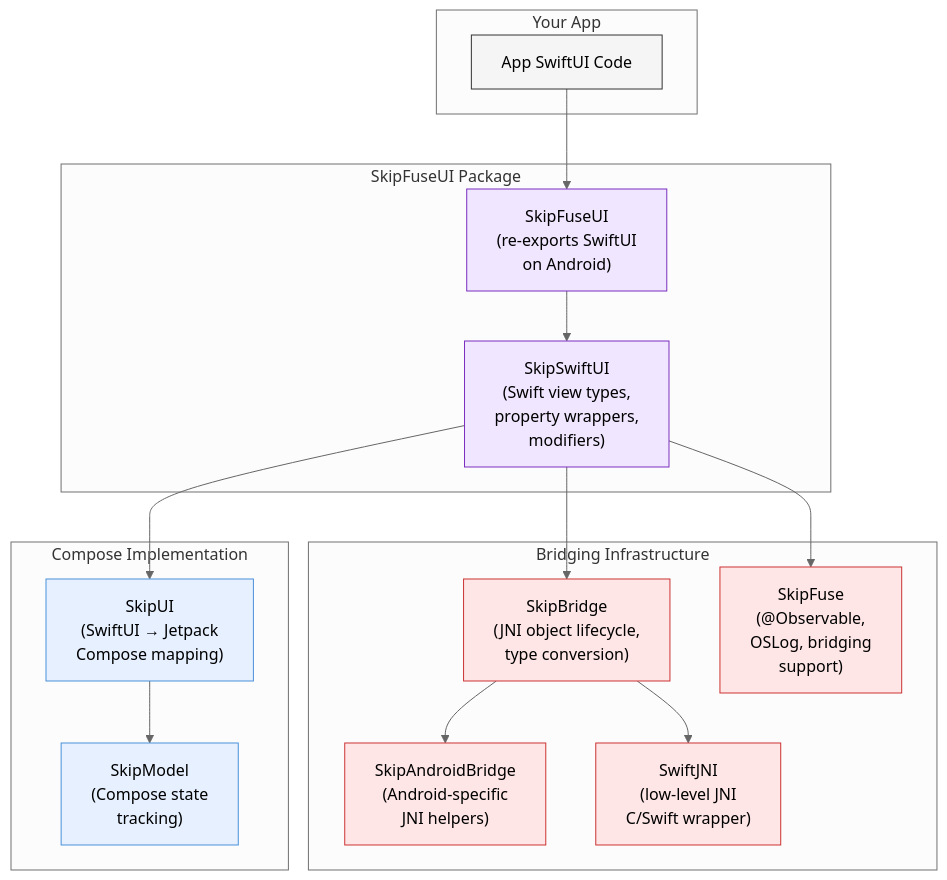
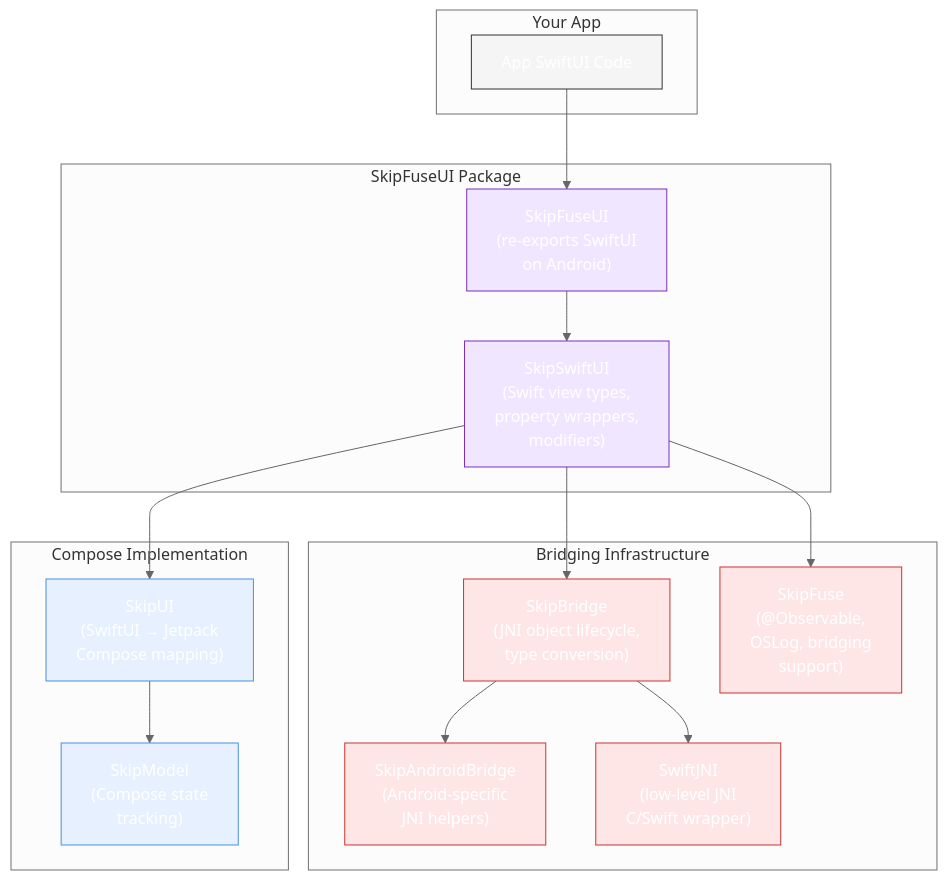
One commit to skiptools/skip-fuse-ui changed the second of 4 diagrams in README.md. Above: the diagram before and after it, drawn with Mermaid (neutral theme). The commit also changed other lines of this file, not shown here.

Commit message:
Update README.md [skip ci]

````diff
--- a/README.md
+++ b/README.md
@@ -25,42 +25,42 @@
 ```mermaid
 flowchart TB
     subgraph "Your App"
         APP["App SwiftUI Code"]
     end
 
     subgraph "SkipFuseUI Package"
         SFUI["SkipFuseUI\n(re-exports SwiftUI\non Android)"]
         SSU["SkipSwiftUI\n(Swift view types,\nproperty wrappers,\nmodifiers)"]
     end
 
     subgraph "Bridging Infrastructure"
         SB["SkipBridge\n(JNI object lifecycle,\ntype conversion)"]
         SF["SkipFuse\n(@Observable,\nOSLog, bridging\nsupport)"]
         SAB["SkipAndroidBridge\n(Android-specific\nJNI helpers)"]
         SJNI["SwiftJNI\n(low-level JNI\nC/Swift wrapper)"]
     end
 
     subgraph "Compose Implementation"
         SUI["SkipUI\n(SwiftUI → Jetpack\nCompose mapping)"]
         SM["SkipModel\n(Compose state\ntracking)"]
     end
 
     APP --> SFUI
     SFUI --> SSU
     SSU --> SB
     SSU --> SF
     SSU --> SUI
     SB --> SAB
     SB --> SJNI
     SUI --> SM
 
-    style APP fill:#f5f5f5,stroke:#333
-    style SFUI fill:#f0e6ff,stroke:#7b2fbe
-    style SSU fill:#f0e6ff,stroke:#7b2fbe
-    style SB fill:#ffe6e6,stroke:#cc3333
-    style SF fill:#ffe6e6,stroke:#cc3333
-    style SAB fill:#ffe6e6,stroke:#cc3333
-    style SJNI fill:#ffe6e6,stroke:#cc3333
-    style SUI fill:#e6f0ff,stroke:#4a90d9
-    style SM fill:#e6f0ff,stroke:#4a90d9
+    style APP fill:#f5f5f5,stroke:#333,color:#fff
+    style SFUI fill:#f0e6ff,stroke:#7b2fbe,color:#fff
+    style SSU fill:#f0e6ff,stroke:#7b2fbe,color:#fff
+    style SB fill:#ffe6e6,stroke:#cc3333,color:#fff
+    style SF fill:#ffe6e6,stroke:#cc3333,color:#fff
+    style SAB fill:#ffe6e6,stroke:#cc3333,color:#fff
+    style SJNI fill:#ffe6e6,stroke:#cc3333,color:#fff
+    style SUI fill:#e6f0ff,stroke:#4a90d9,color:#fff
+    style SM fill:#e6f0ff,stroke:#4a90d9,color:#fff
 ```
````
